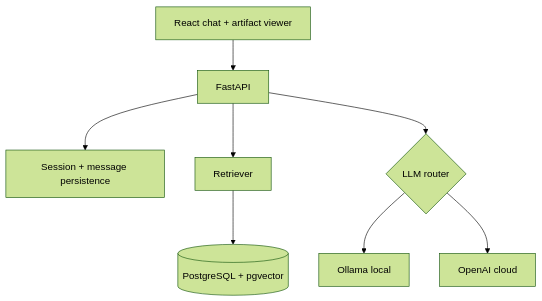
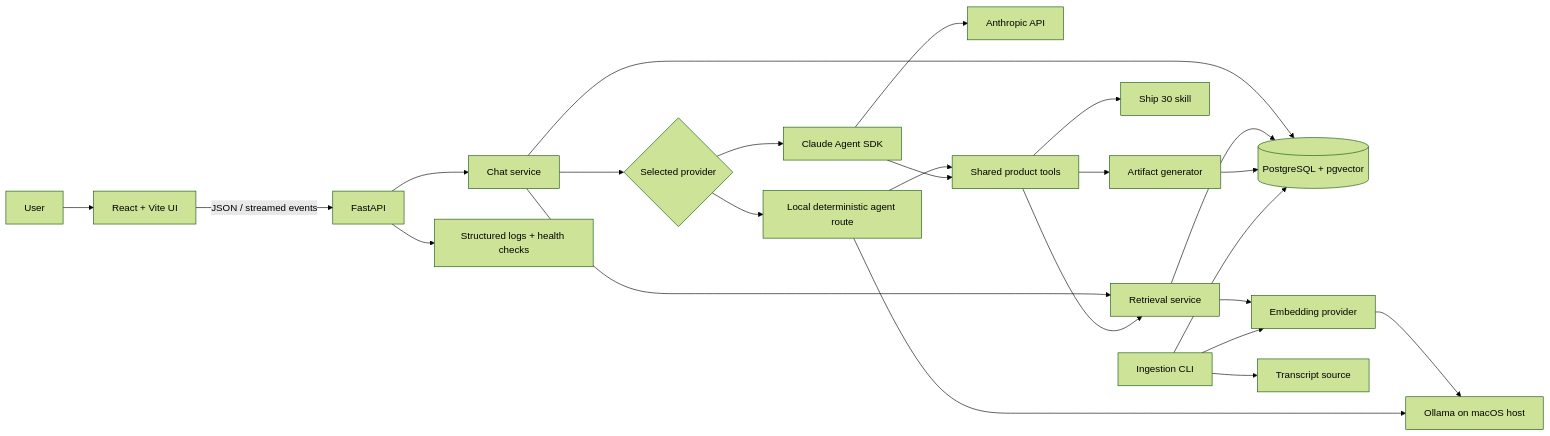
Before and after one commit to vasasai18/lenny-growth-assistant: the first of 2 diagrams in docs/architecture.md, drawn with Mermaid (forest theme). The commit also changed other lines of this file and 99 other files, not shown here.

````diff
--- a/docs/architecture.md
+++ b/docs/architecture.md
@@ -3,10 +9,27 @@
 ```mermaid
-flowchart TD
-  UI[React chat + artifact viewer] --> API[FastAPI]
-  API --> S[Session + message persistence]
-  API --> R[Retriever]
-  R --> V[(PostgreSQL + pgvector)]
-  API --> L{LLM router}
-  L --> O[Ollama local]
-  L --> C[OpenAI cloud]
+flowchart LR
+    U[User] --> UI[React + Vite UI]
+    UI -->|JSON / streamed events| API[FastAPI]
+    API --> SVC[Chat service]
+    SVC --> DB[(PostgreSQL + pgvector)]
+    SVC --> RAG[Retrieval service]
+    RAG --> EMB[Embedding provider]
+    EMB --> OL[Ollama on macOS host]
+    RAG --> DB
+    SVC --> ROUTER{Selected provider}
+    ROUTER --> LOCAL[Local deterministic agent route]
+    LOCAL --> OL
+    ROUTER --> CLOUD[Claude Agent SDK]
+    CLOUD --> ANTH[Anthropic API]
+    LOCAL --> TOOLS[Shared product tools]
+    CLOUD --> TOOLS
+    TOOLS --> RAG
+    TOOLS --> SHIP[Ship 30 skill]
+    TOOLS --> ART[Artifact generator]
+    ART --> DB
+    API --> OBS[Structured logs + health checks]
+
+    INGEST[Ingestion CLI] --> SOURCE[Transcript source]
+    INGEST --> EMB
+    INGEST --> DB
 ```
````
